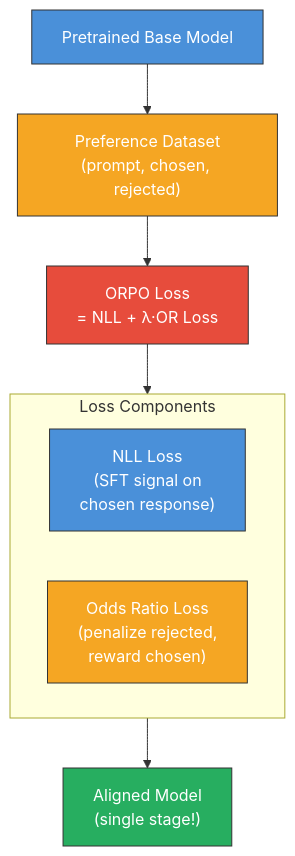
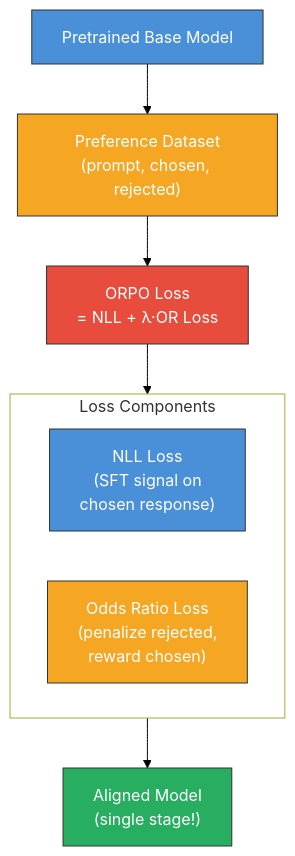
The sixth of 9 diagrams in posts/llm/Post-Training-LLMs-for-Human-Alignment.qmd (tanquangduong/tanquangduong.github.io), drawn with Mermaid before and after one commit. The commit also changed other lines of this file and 204 other files, not shown here.

````diff
--- a/posts/llm/Post-Training-LLMs-for-Human-Alignment.qmd
+++ b/posts/llm/Post-Training-LLMs-for-Human-Alignment.qmd
@@ -273,21 +280,23 @@
 ```{mermaid}
 graph TD
+    linkStyle default stroke:#000,color:#000
     A["Pretrained Base Model"] --> B["Preference Dataset<br/>(prompt, chosen, rejected)"]
     B --> C["ORPO Loss<br/>= NLL + λ·OR Loss"]
 
     subgraph LossComponents["Loss Components"]
         direction LR
         D["NLL Loss<br/>(SFT signal on<br/>chosen response)"]
         E["Odds Ratio Loss<br/>(penalize rejected,<br/>reward chosen)"]
     end
 
     C --> LossComponents
     LossComponents --> F["Aligned Model<br/>(single stage!)"]
 
     style A fill:#4a90d9,color:#fff,stroke:#333
     style B fill:#f5a623,color:#fff,stroke:#333
     style C fill:#e74c3c,color:#fff,stroke:#333
     style D fill:#4a90d9,color:#fff,stroke:#333
     style E fill:#f5a623,color:#fff,stroke:#333
     style F fill:#27ae60,color:#fff,stroke:#333
+    style LossComponents fill:#fff
 ```
````
